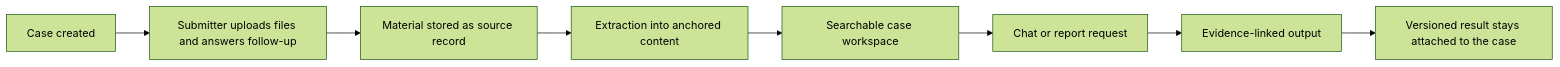
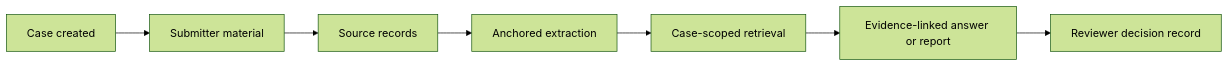
One commit to meAloex/LumiSense-Aspire changed the diagram in README.md. Above: the diagram before and after it, drawn with Mermaid (forest theme). The commit also changed other lines of this file and 11 other files, not shown here.

````diff
--- a/README.md
+++ b/README.md
@@ -19,10 +63,9 @@
 ```mermaid
 flowchart LR
-    A[Case created] --> B[Submitter uploads files and answers follow-up]
-    B --> C[Material stored as source record]
-    C --> D[Extraction into anchored content]
-    D --> E[Searchable case workspace]
-    E --> F[Chat or report request]
-    F --> G[Evidence-linked output]
-    G --> H[Versioned result stays attached to the case]
+    A[Case created] --> B[Submitter material]
+    B --> C[Source records]
+    C --> D[Anchored extraction]
+    D --> E[Case-scoped retrieval]
+    E --> F[Evidence-linked answer or report]
+    F --> G[Reviewer decision record]
 ```
````
